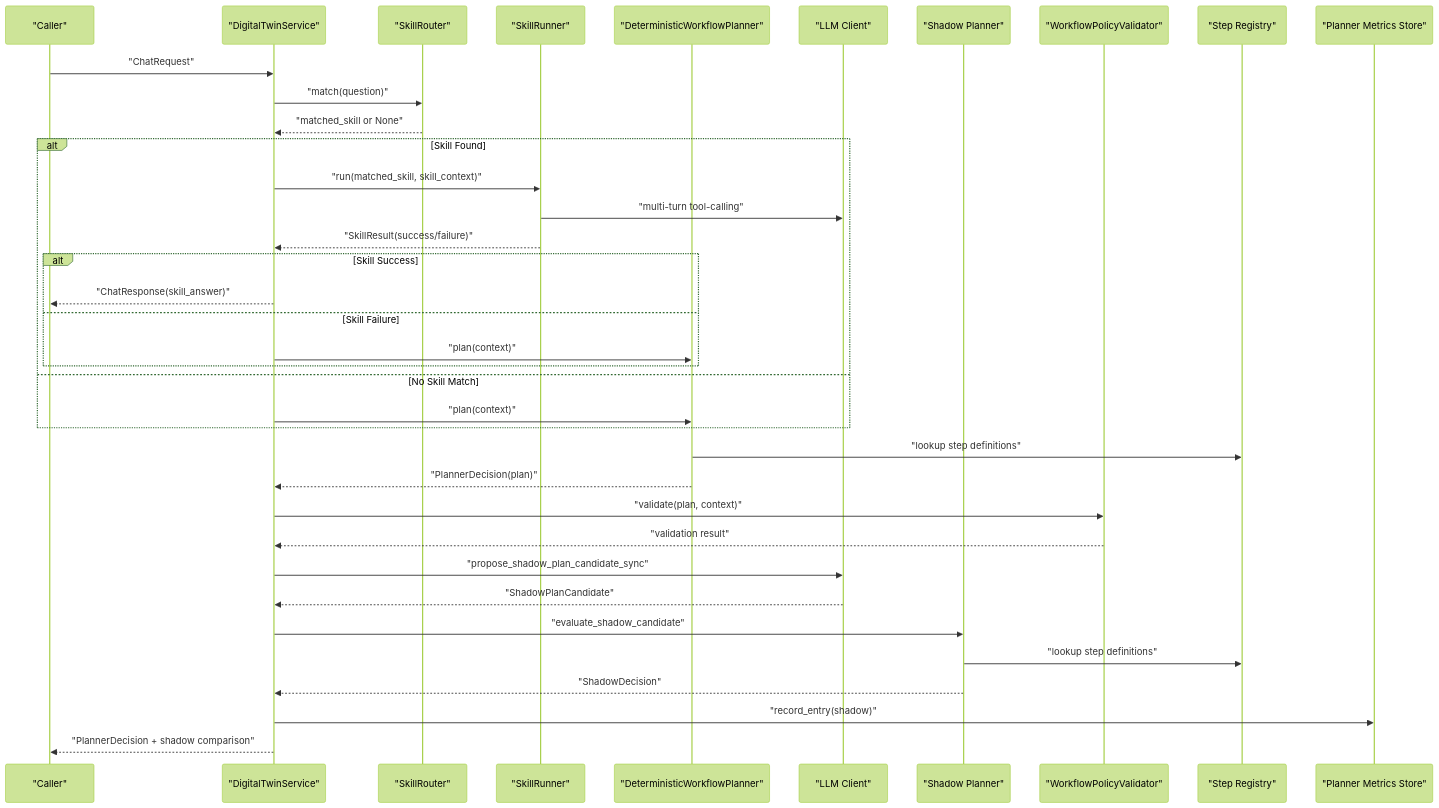
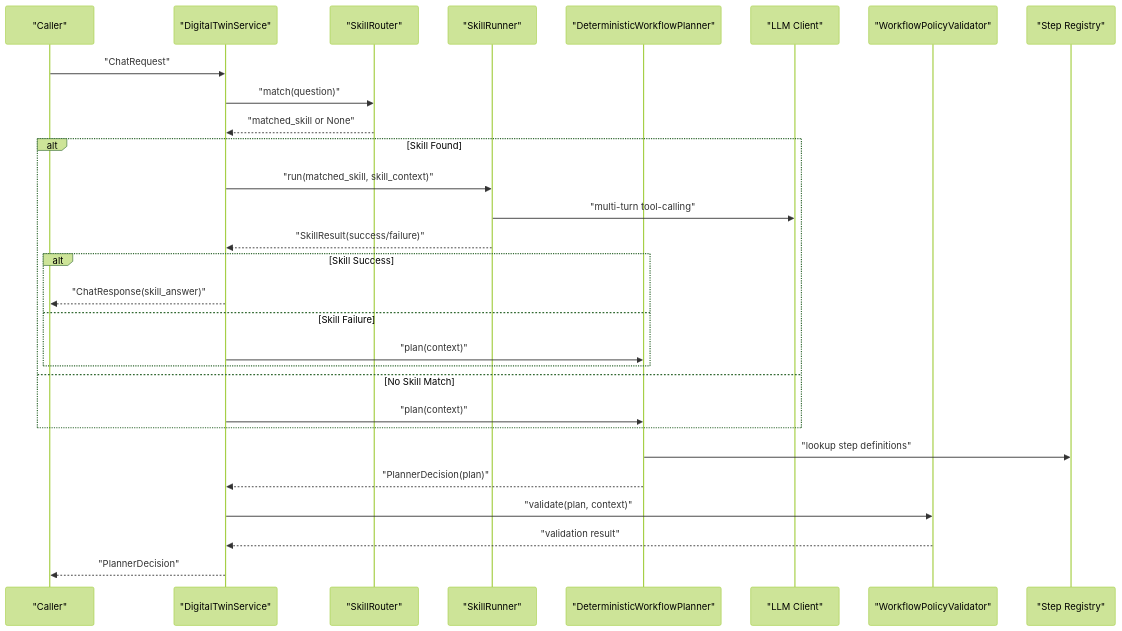
One commit to intellistream/sage-mate changed the second of 15 diagrams in .qoder/repowiki/en/content/Workflow System/Workflow System.md. Above: the diagram before and after it, drawn with Mermaid (forest theme). The commit also changed other lines of this file and 121 other files, not shown here.

````diff
--- a/.qoder/repowiki/en/content/Workflow System/Workflow System.md
+++ b/.qoder/repowiki/en/content/Workflow System/Workflow System.md
@@ -174,39 +158,31 @@
 ```mermaid
 sequenceDiagram
 participant Client as "Caller"
 participant Service as "DigitalTwinService"
 participant SR as "SkillRouter"
 participant SKR as "SkillRunner"
 participant Planner as "DeterministicWorkflowPlanner"
 participant LLM as "LLM Client"
-participant Shadow as "Shadow Planner"
 participant Policy as "WorkflowPolicyValidator"
 participant Registry as "Step Registry"
-participant Metrics as "Planner Metrics Store"
 Client->>Service : "ChatRequest"
 Service->>SR : "match(question)"
 SR-->>Service : "matched_skill or None"
 alt Skill Found
 Service->>SKR : "run(matched_skill, skill_context)"
 SKR->>LLM : "multi-turn tool-calling"
 SKR-->>Service : "SkillResult(success/failure)"
 alt Skill Success
 Service-->>Client : "ChatResponse(skill_answer)"
 else Skill Failure
 Service->>Planner : "plan(context)"
 end
 else No Skill Match
 Service->>Planner : "plan(context)"
 end
 Planner->>Registry : "lookup step definitions"
 Planner-->>Service : "PlannerDecision(plan)"
 Service->>Policy : "validate(plan, context)"
 Policy-->>Service : "validation result"
-Service->>LLM : "propose_shadow_plan_candidate_sync"
-LLM-->>Service : "ShadowPlanCandidate"
-Service->>Shadow : "evaluate_shadow_candidate"
-Shadow->>Registry : "lookup step definitions"
-Shadow-->>Service : "ShadowDecision"
-Service->>Metrics : "record_entry(shadow)"
-Service-->>Client : "PlannerDecision + shadow comparison"
+Service-->>Client : "PlannerDecision"
 ```
````
